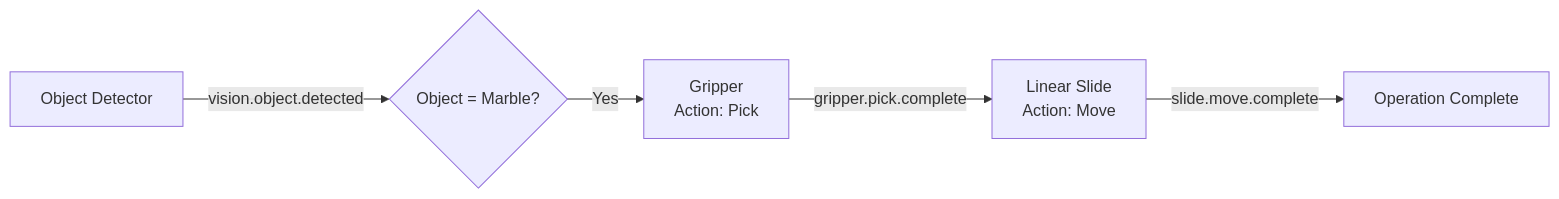
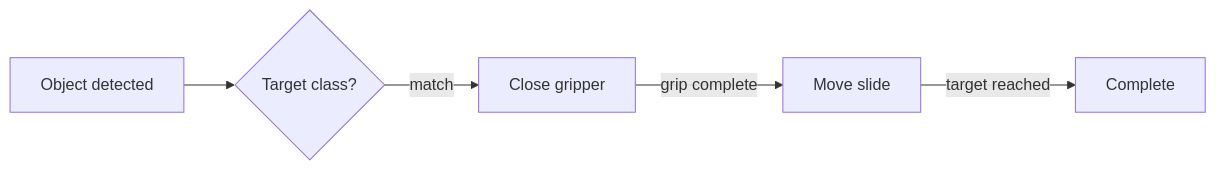
Before and after one commit to ROSMicroPy/RobotPrimitivesStack: the fifth of 5 diagrams in README.md, drawn with Mermaid. The commit also changed other lines of this file, not shown here.

````diff
--- a/README.md
+++ b/README.md
@@ -956,12 +825,13 @@
-```mermaid
+~~~mermaid
 flowchart LR
-    OD["Object Detector"]
+    DETECT["Object detected"]
+    MATCH{"Target class?"}
+    GRIP["Close gripper"]
+    MOVE["Move slide"]
+    DONE["Complete"]
 
-    OD -->|"vision.object.detected"| MATCH{"Object = Marble?"}
-
-    MATCH -->|Yes| GRIP["Gripper<br/>Action: Pick"]
-
-    GRIP -->|"gripper.pick.complete"| SLIDE["Linear Slide<br/>Action: Move"]
-
-    SLIDE -->|"slide.move.complete"| DONE["Operation Complete"]
-```
+    DETECT --> MATCH
+    MATCH -->|"match"| GRIP
+    GRIP -->|"grip complete"| MOVE
+    MOVE -->|"target reached"| DONE
+~~~
````
